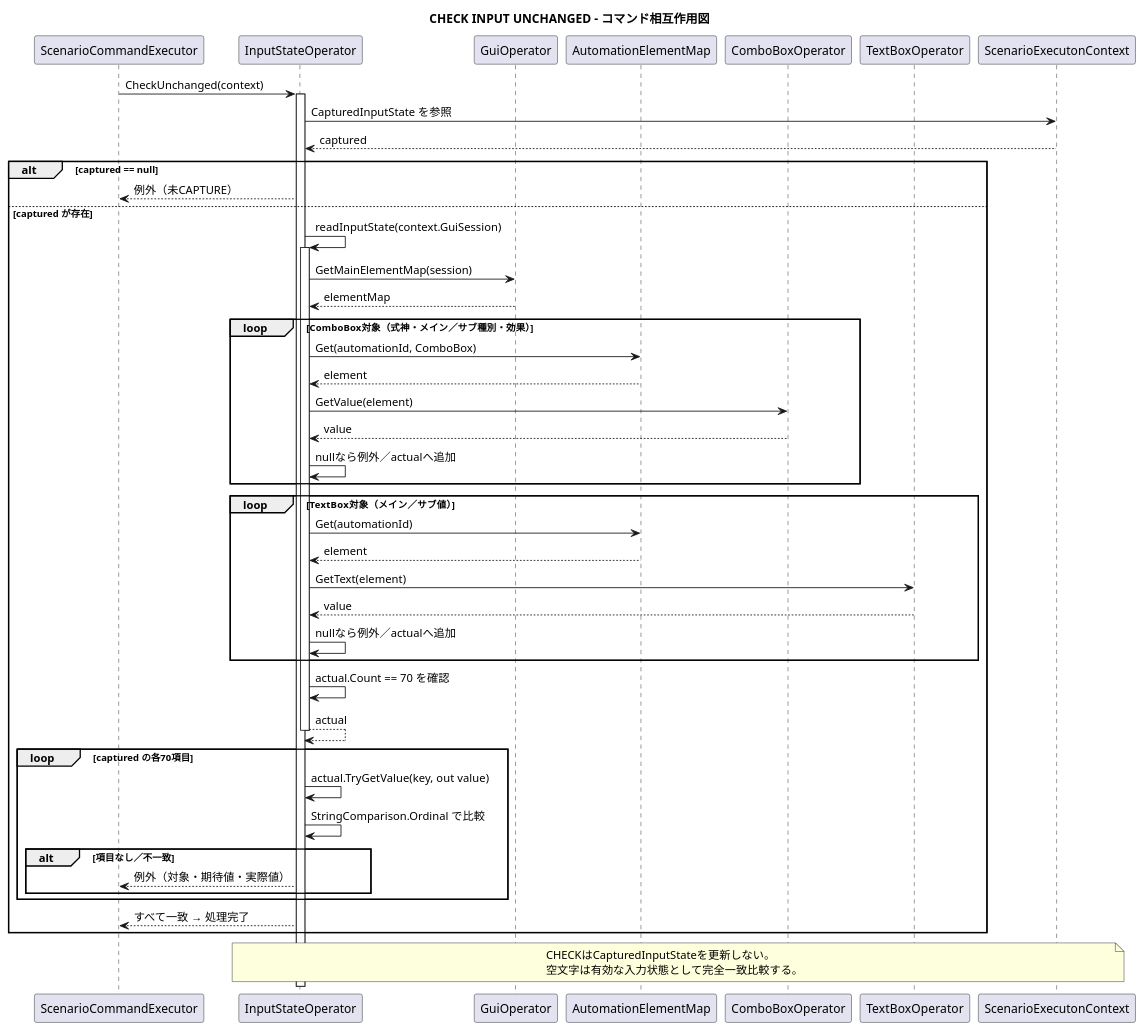
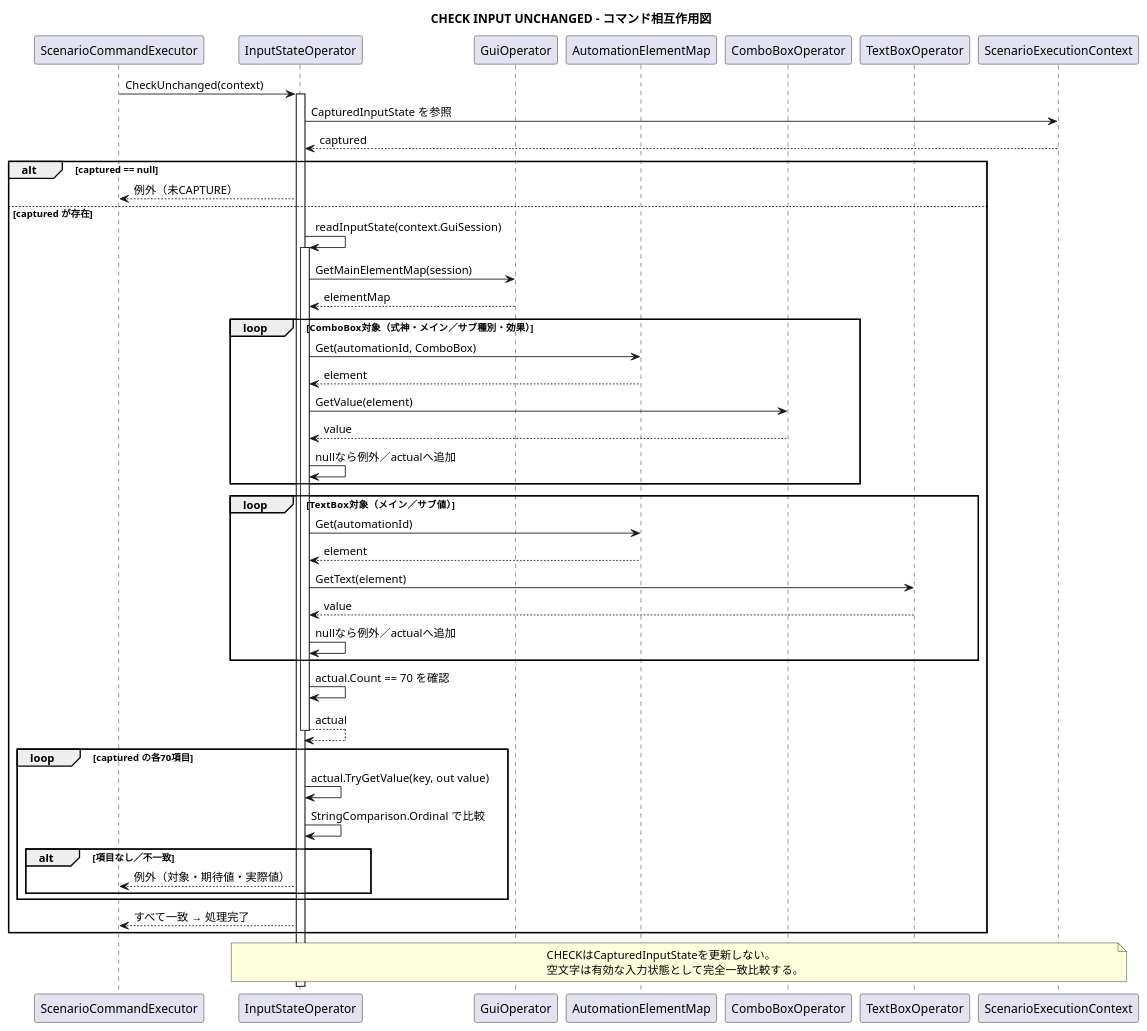
One commit to Staraptor0398/ShikigamiStatusCalculator changed the diagram in Document/ScenarioRunner/Diagram/CommandInteraction/Input/CheckInputUnchanged.wsd. Above: the diagram before and after it, drawn with PlantUML. The commit also changed 20 other files, not shown here.

Commit message:
Fix ScenarioExecutionContext naming typo

```diff
--- a/Document/ScenarioRunner/Diagram/CommandInteraction/Input/CheckInputUnchanged.wsd
+++ b/Document/ScenarioRunner/Diagram/CommandInteraction/Input/CheckInputUnchanged.wsd
@@ -1,57 +1,57 @@
 @startuml
 title CHECK INPUT UNCHANGED - コマンド相互作用図
 skinparam responseMessageBelowArrow true
 ' Source: ScenarioRunner.Engine/Execution/ScenarioCommandExecutor.cs
 ' Source: ScenarioRunner.Engine/Automation/Operator/Feature/InputStateOperator.cs
-' Source: ScenarioRunner.Engine/Execution/ScenarioExecutonContext.cs
+' Source: ScenarioRunner.Engine/Execution/ScenarioExecutionContext.cs
 participant "ScenarioCommandExecutor" as EX
 participant "InputStateOperator" as O
 participant "GuiOperator" as GO
 participant "AutomationElementMap" as MAP
 participant "ComboBoxOperator" as CO
 participant "TextBoxOperator" as TO
-participant "ScenarioExecutonContext" as CTX
+participant "ScenarioExecutionContext" as CTX
 
 EX -> O : CheckUnchanged(context)
 activate O
 O -> CTX : CapturedInputState を参照
 CTX --> O : captured
 alt captured == null
   O --> EX : 例外（未CAPTURE）
 else captured が存在
   O -> O : readInputState(context.GuiSession)
   activate O
   O -> GO : GetMainElementMap(session)
   GO --> O : elementMap
   loop ComboBox対象（式神・メイン／サブ種別・効果）
     O -> MAP : Get(automationId, ComboBox)
     MAP --> O : element
     O -> CO : GetValue(element)
     CO --> O : value
     O -> O : nullなら例外／actualへ追加
   end
   loop TextBox対象（メイン／サブ値）
     O -> MAP : Get(automationId)
     MAP --> O : element
     O -> TO : GetText(element)
     TO --> O : value
     O -> O : nullなら例外／actualへ追加
   end
   O -> O : actual.Count == 70 を確認
   O --> O : actual
   deactivate O
   loop captured の各70項目
     O -> O : actual.TryGetValue(key, out value)
     O -> O : StringComparison.Ordinal で比較
     alt 項目なし／不一致
       O --> EX : 例外（対象・期待値・実際値）
     end
   end
   O --> EX : すべて一致 → 処理完了
 end
 note over O,CTX
   CHECKはCapturedInputStateを更新しない。
   空文字は有効な入力状態として完全一致比較する。
 end note
 deactivate O
 @enduml
```
